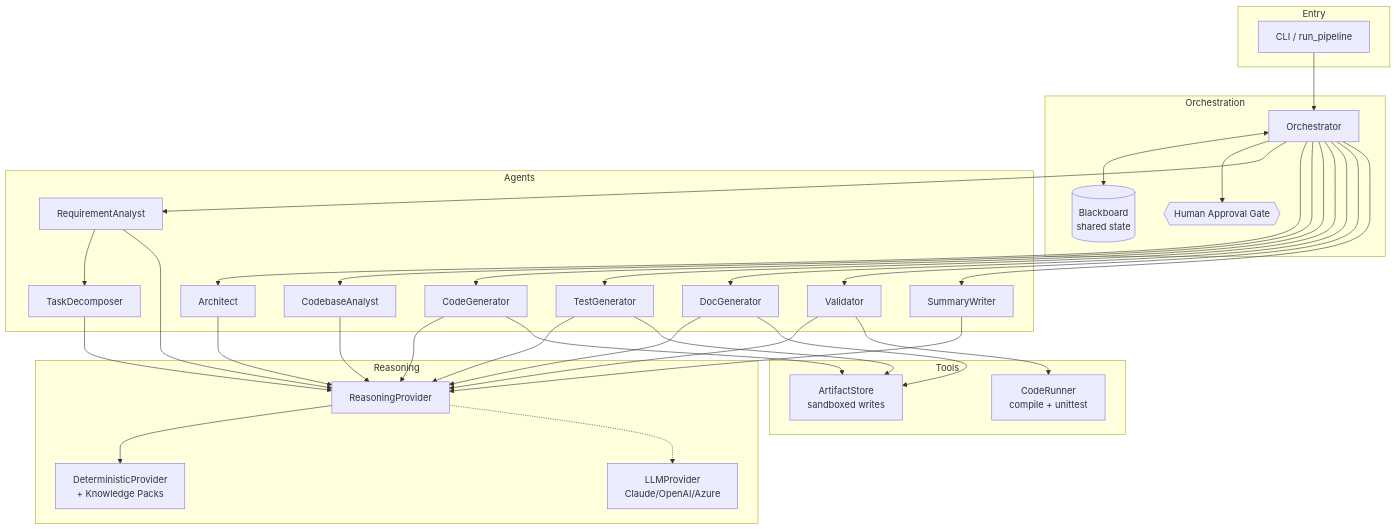
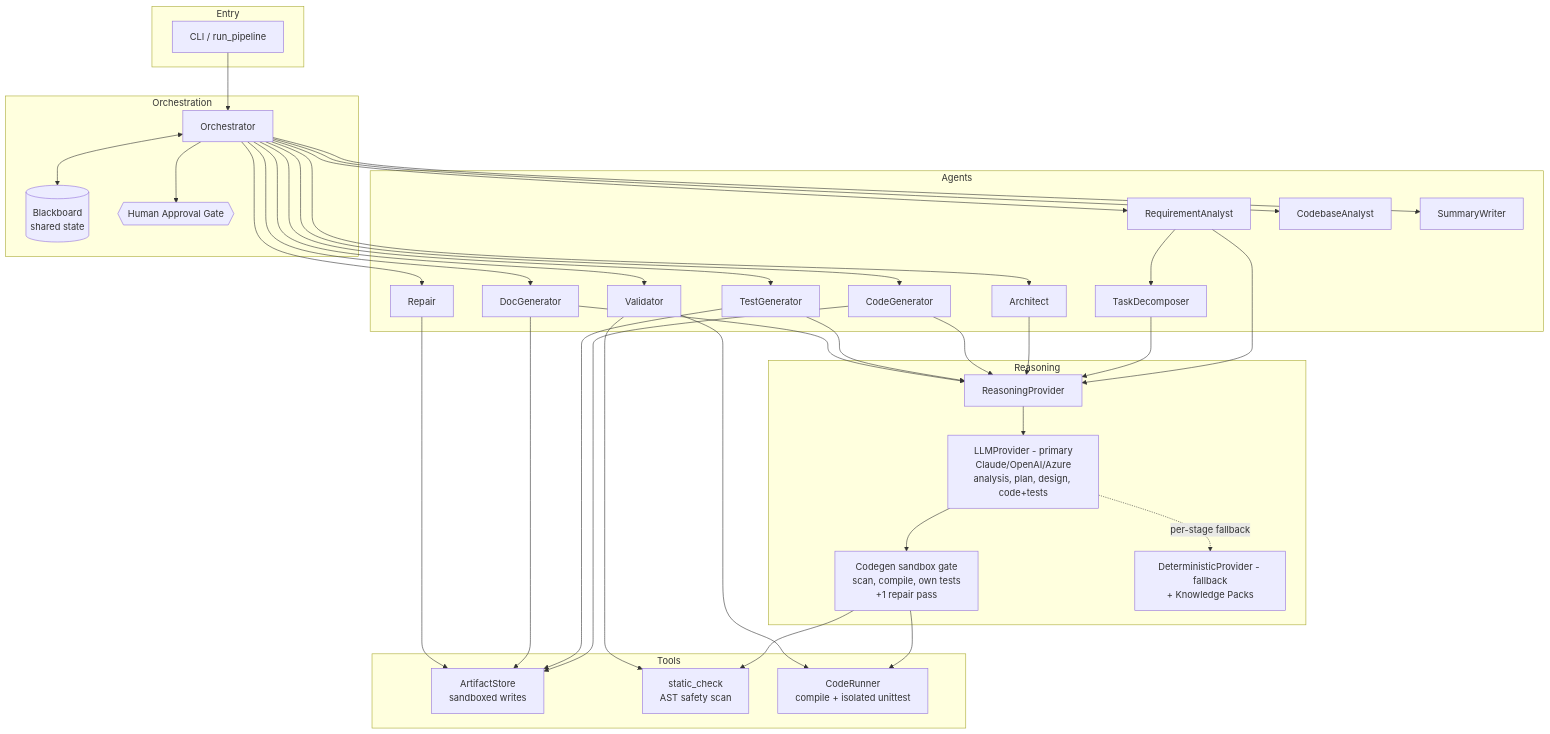
Before and after one commit to ummarvali/AgenticSoftware: the first of 2 diagrams in docs/ARCHITECTURE.md, drawn with Mermaid. The commit also changed other lines of this file and 77 other files, not shown here.

````diff
--- a/docs/ARCHITECTURE.md
+++ b/docs/ARCHITECTURE.md
@@ -12,46 +12,52 @@
 ```mermaid
 flowchart TB
     subgraph Entry
         CLI[CLI / run_pipeline]
     end
 
     subgraph Orchestration
         ORCH[Orchestrator]
         BB[(Blackboard\nshared state)]
         GATE{{Human Approval Gate}}
     end
 
     subgraph Reasoning
         PROV[ReasoningProvider]
-        DET[DeterministicProvider\n+ Knowledge Packs]
-        LLM[LLMProvider\nClaude/OpenAI/Azure]
+        LLM[LLMProvider - primary\nClaude/OpenAI/Azure\nanalysis, plan, design, code+tests]
+        GATEC[Codegen sandbox gate\nscan, compile, own tests\n+1 repair pass]
+        DET[DeterministicProvider - fallback\n+ Knowledge Packs]
     end
 
     subgraph Agents
         AN[RequirementAnalyst]
         DEC[TaskDecomposer]
         ARCH[Architect]
         IMP[CodebaseAnalyst]
         COD[CodeGenerator]
         TST[TestGenerator]
         DOC[DocGenerator]
         VAL[Validator]
+        REP[Repair]
         SUM[SummaryWriter]
     end
 
     subgraph Tools
         FS[ArtifactStore\nsandboxed writes]
-        RUN[CodeRunner\ncompile + unittest]
+        SCAN[static_check\nAST safety scan]
+        RUN[CodeRunner\ncompile + isolated unittest]
     end
 
     CLI --> ORCH
     ORCH <--> BB
     ORCH --> GATE
     ORCH --> AN --> DEC
-    ORCH --> ARCH & IMP & COD & TST & DOC & VAL & SUM
-    AN & DEC & ARCH & IMP & COD & TST & DOC & VAL & SUM --> PROV
-    PROV --> DET
-    PROV -.-> LLM
-    COD & TST & DOC --> FS
+    ORCH --> ARCH & IMP & COD & TST & DOC & VAL & REP & SUM
+    AN & DEC & ARCH & COD & TST & DOC --> PROV
+    PROV --> LLM
+    LLM --> GATEC
+    LLM -. per-stage fallback .-> DET
+    GATEC --> SCAN & RUN
+    COD & TST & DOC & REP --> FS
+    VAL --> SCAN
     VAL --> RUN
 ```
````
